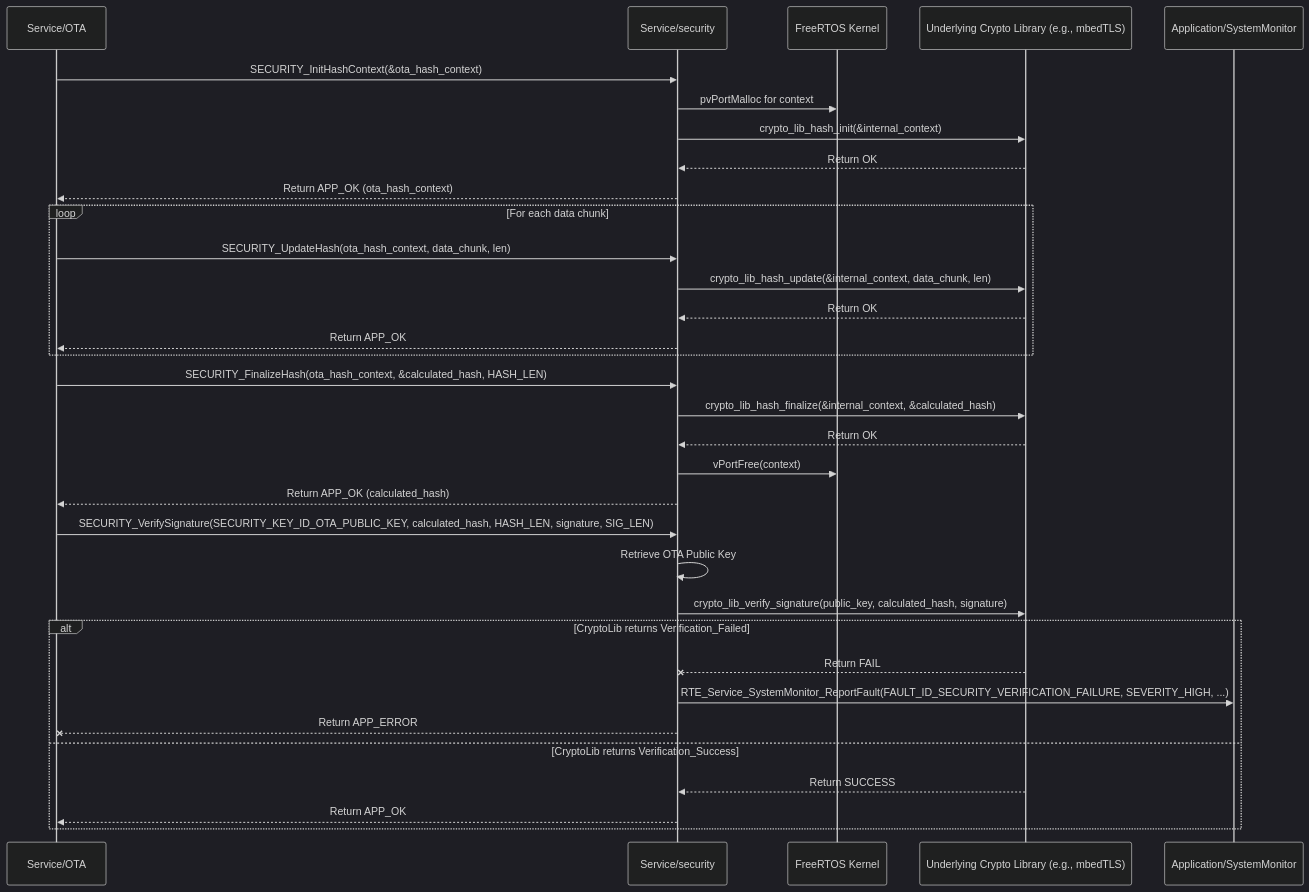
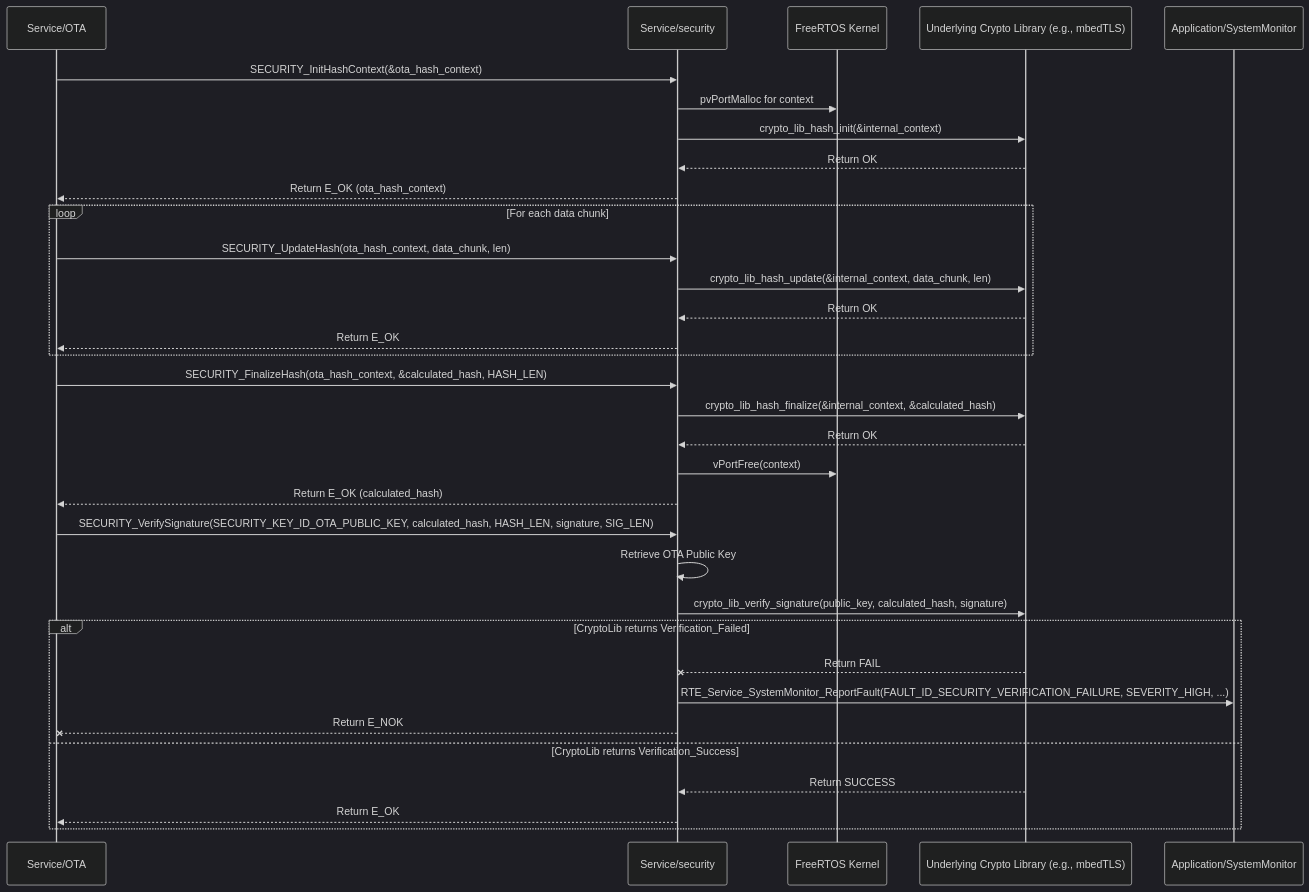
The diagram in Requiremets/Design/Service/Security.md (ashaker-2/Platform), drawn with Mermaid (dark theme) before and after one commit. The commit also changed other lines of this file and 716 other files, not shown here.

````diff
--- a/Requiremets/Design/Service/Security.md
+++ b/Requiremets/Design/Service/Security.md
@@ -218,39 +218,39 @@
 ```mermaid
 sequenceDiagram  
     participant OTA as Service/OTA  
     participant Security as Service/security  
     participant FreeRTOS as FreeRTOS Kernel  
     participant CryptoLib as Underlying Crypto Library (e.g., mbedTLS)  
     participant SystemMonitor as Application/SystemMonitor
 
     OTA->>Security: SECURITY_InitHashContext(&ota_hash_context)  
     Security->>FreeRTOS: pvPortMalloc for context  
     Security->>CryptoLib: crypto_lib_hash_init(&internal_context)  
     CryptoLib-->>Security: Return OK  
-    Security-->>OTA: Return APP_OK (ota_hash_context)
+    Security-->>OTA: Return E_OK (ota_hash_context)
 
     loop For each data chunk  
         OTA->>Security: SECURITY_UpdateHash(ota_hash_context, data_chunk, len)  
         Security->>CryptoLib: crypto_lib_hash_update(&internal_context, data_chunk, len)  
         CryptoLib-->>Security: Return OK  
-        Security-->>OTA: Return APP_OK  
+        Security-->>OTA: Return E_OK  
     end
 
     OTA->>Security: SECURITY_FinalizeHash(ota_hash_context, &calculated_hash, HASH_LEN)  
     Security->>CryptoLib: crypto_lib_hash_finalize(&internal_context, &calculated_hash)  
     CryptoLib-->>Security: Return OK  
     Security->>FreeRTOS: vPortFree(context)  
-    Security-->>OTA: Return APP_OK (calculated_hash)
+    Security-->>OTA: Return E_OK (calculated_hash)
 
     OTA->>Security: SECURITY_VerifySignature(SECURITY_KEY_ID_OTA_PUBLIC_KEY, calculated_hash, HASH_LEN, signature, SIG_LEN)  
     Security->>Security: Retrieve OTA Public Key  
     Security->>CryptoLib: crypto_lib_verify_signature(public_key, calculated_hash, signature)  
     alt CryptoLib returns Verification_Failed  
         CryptoLib--xSecurity: Return FAIL  
         Security->>SystemMonitor: RTE_Service_SystemMonitor_ReportFault(FAULT_ID_SECURITY_VERIFICATION_FAILURE, SEVERITY_HIGH, ...)  
-        Security--xOTA: Return APP_ERROR  
+        Security--xOTA: Return E_NOK  
     else CryptoLib returns Verification_Success  
         CryptoLib-->>Security: Return SUCCESS  
-        Security-->>OTA: Return APP_OK  
+        Security-->>OTA: Return E_OK  
     end
 ```
````
